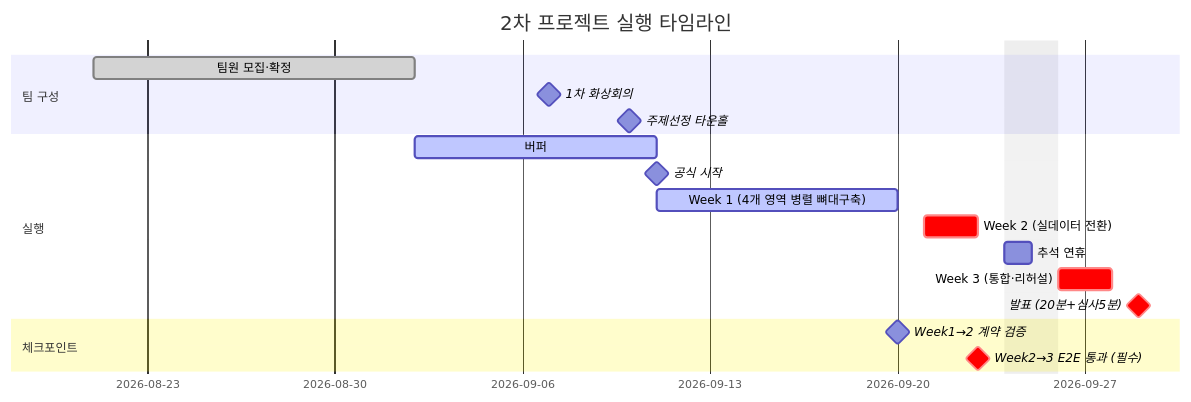
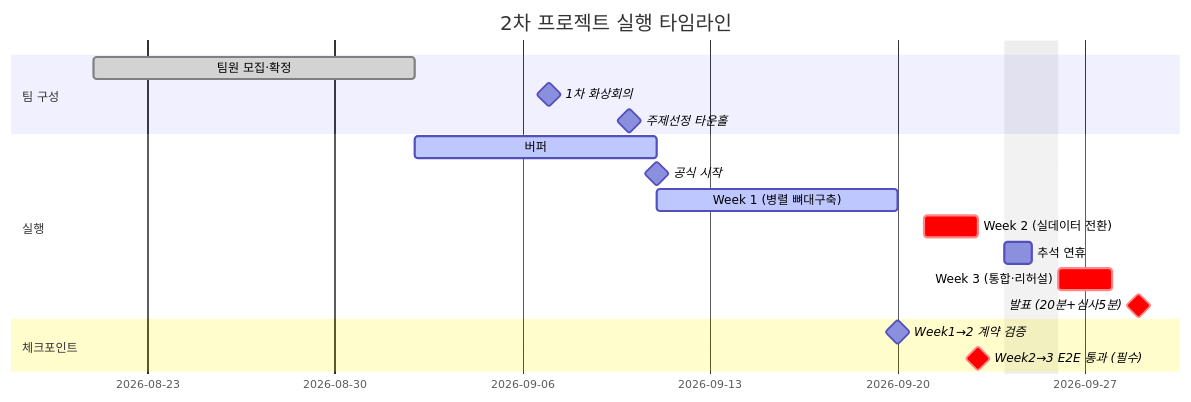
One commit to nklee-git/MS_2nd_Project_MANAGEMENT changed the diagram in 00-wbs/01-docs/1-execution-plan.md. Above: the diagram before and after it, drawn with Mermaid. The commit also changed other lines of this file and 19 other files, not shown here.

````diff
--- a/00-wbs/01-docs/1-execution-plan.md
+++ b/00-wbs/01-docs/1-execution-plan.md
@@ -61,25 +44,25 @@
 ```mermaid
 gantt
     title 2차 프로젝트 실행 타임라인
     dateFormat  YYYY-MM-DD
     excludes    2026-09-24,2026-09-25
     todayMarker stroke-width:2px,stroke:#b4690a,opacity:0.7
 
     section 팀 구성
     팀원 모집·확정         :done, recruit, 2026-08-21, 2026-09-02
     1차 화상회의            :milestone, kickoffcall, 2026-09-07, 0d
     주제선정 타운홀         :milestone, townhall1, 2026-09-10, 0d
 
     section 실행
     버퍼                    :active, buffer, 2026-09-02, 2026-09-11
     공식 시작               :milestone, start, 2026-09-11, 0d
-    Week 1 (4개 영역 병렬 뼈대구축) :active, w1, 2026-09-11, 2026-09-20
+    Week 1 (병렬 뼈대구축)  :active, w1, 2026-09-11, 2026-09-20
     Week 2 (실데이터 전환)   :crit, w2, 2026-09-21, 2026-09-23
     추석 연휴                :vacation1, 2026-09-24, 2026-09-25
     Week 3 (통합·리허설)    :crit, w3, 2026-09-26, 2026-09-28
     발표 (20분+심사5분)     :crit, milestone, present, 2026-09-29, 0d
 
     section 체크포인트
     Week1→2 계약 검증        :milestone, cp1, 2026-09-20, 0d
     Week2→3 E2E 통과 (필수)  :crit, milestone, cp2, 2026-09-23, 0d
 ```
````
